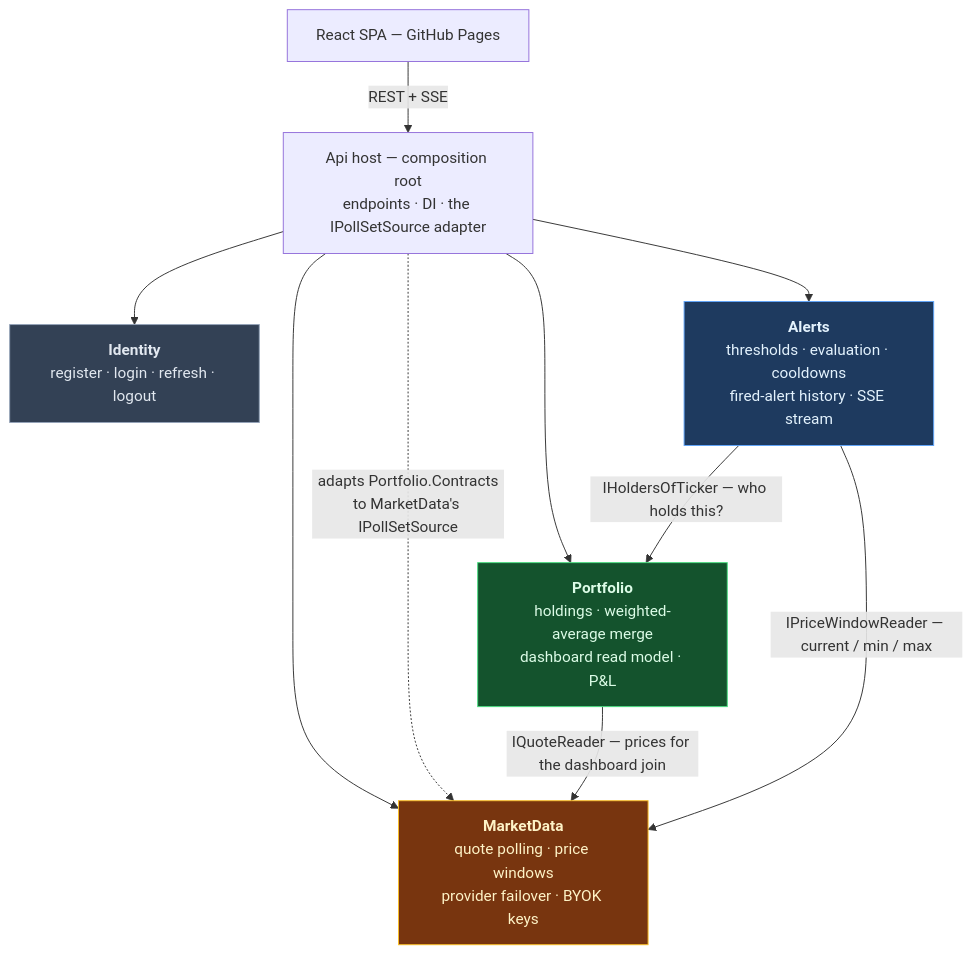
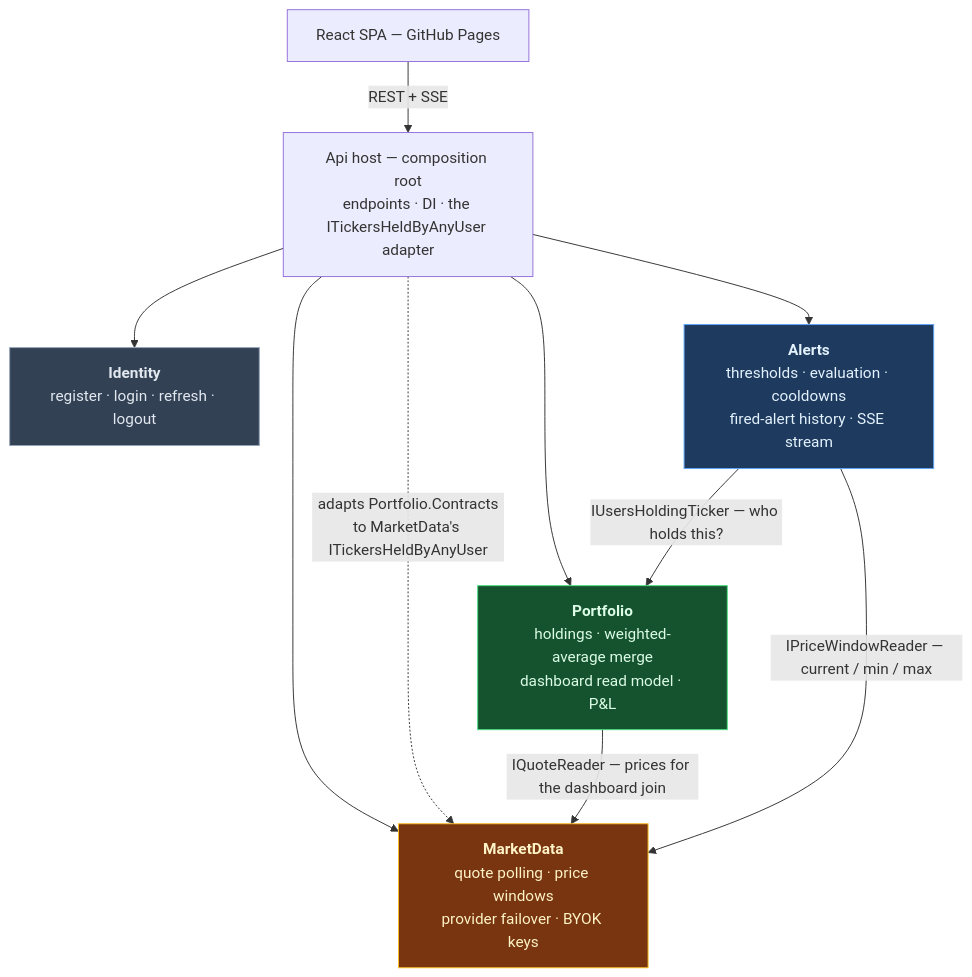
The first of 2 diagrams in docs/plan/module-boundaries.md (Dilicidum/StockPortfolio), drawn with Mermaid before and after one commit. The commit also changed other lines of this file and 9 other files, not shown here.

````diff
--- a/docs/plan/module-boundaries.md
+++ b/docs/plan/module-boundaries.md
@@ -41,26 +41,26 @@
 ```mermaid
 flowchart TB
     WEB["React SPA — GitHub Pages"]
-    HOST["Api host — composition root<br/>endpoints · DI · the IPollSetSource adapter"]
+    HOST["Api host — composition root<br/>endpoints · DI · the ITickersHeldByAnyUser adapter"]
 
     ID["<b>Identity</b><br/>register · login · refresh · logout"]
     PF["<b>Portfolio</b><br/>holdings · weighted-average merge<br/>dashboard read model · P&amp;L"]
     MD["<b>MarketData</b><br/>quote polling · price windows<br/>provider failover · BYOK keys"]
     AL["<b>Alerts</b><br/>thresholds · evaluation · cooldowns<br/>fired-alert history · SSE stream"]
 
     WEB -->|"REST + SSE"| HOST
     HOST --> ID
     HOST --> PF
     HOST --> MD
     HOST --> AL
-    HOST -.->|"adapts Portfolio.Contracts<br/>to MarketData's IPollSetSource"| MD
+    HOST -.->|"adapts Portfolio.Contracts<br/>to MarketData's ITickersHeldByAnyUser"| MD
 
     PF -->|"IQuoteReader — prices for the dashboard join"| MD
-    AL -->|"IHoldersOfTicker — who holds this?"| PF
+    AL -->|"IUsersHoldingTicker — who holds this?"| PF
     AL -->|"IPriceWindowReader — current / min / max"| MD
 
     style PF fill:#14532d,stroke:#4ade80,color:#dcfce7
     style AL fill:#1e3a5f,stroke:#60a5fa,color:#e3f2fd
     style MD fill:#78350f,stroke:#fbbf24,color:#fef3c7
     style ID fill:#334155,stroke:#94a3b8,color:#e2e8f0
 ```
````
